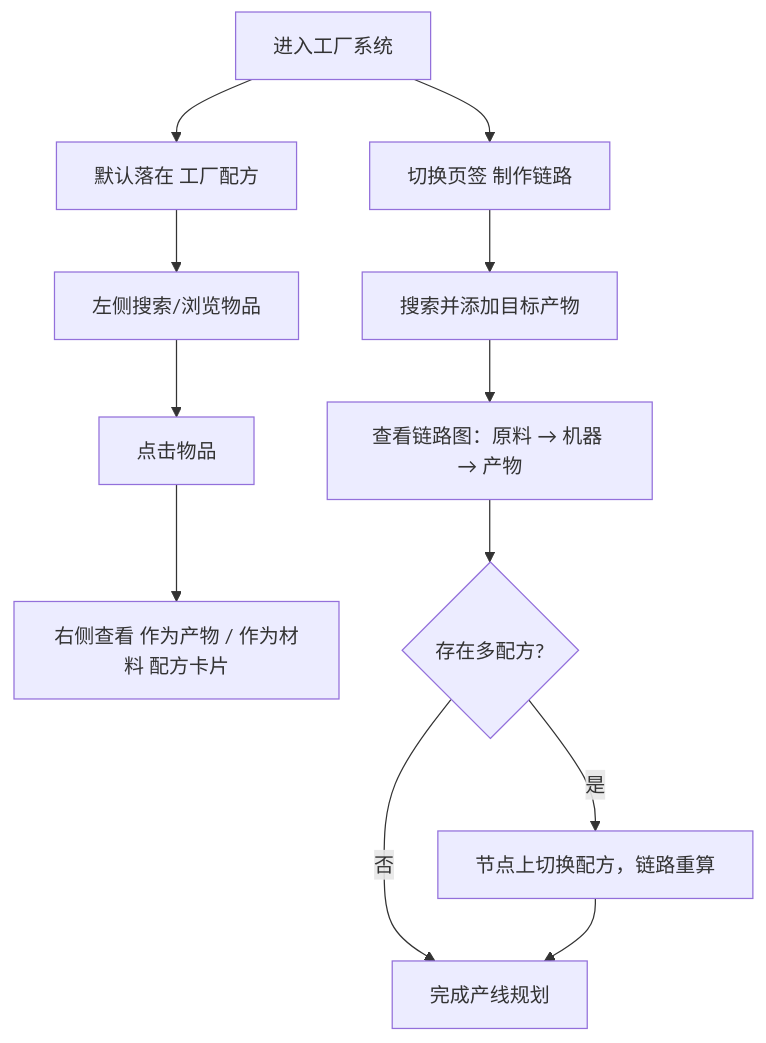
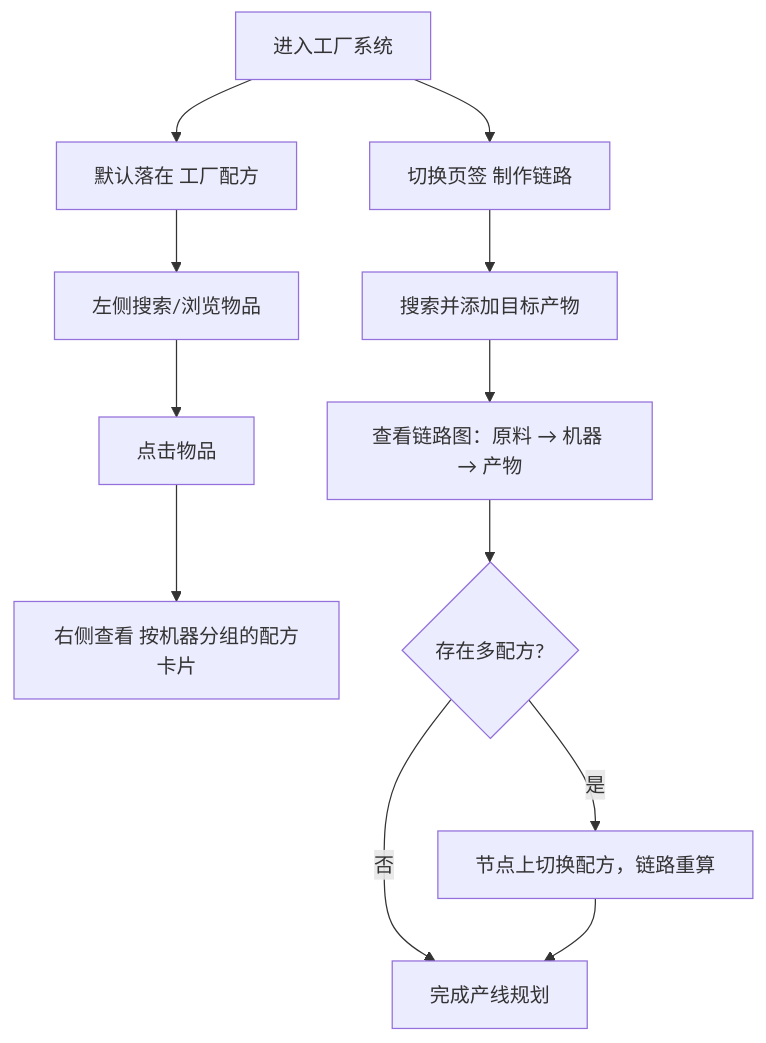
The diagram in docs/product/draft/20260725-factory-system.md (Deliay/hongshan-archives-bureau), drawn with Mermaid before and after one commit. The commit also changed other lines of this file, not shown here.

````diff
--- a/docs/product/draft/20260725-factory-system.md
+++ b/docs/product/draft/20260725-factory-system.md
@@ -118,14 +118,14 @@
 ```mermaid
 flowchart TD
     A[进入工厂系统] --> B[默认落在 工厂配方]
     B --> C[左侧搜索/浏览物品]
     C --> D[点击物品]
-    D --> E[右侧查看 作为产物 / 作为材料 配方卡片]
+    D --> E[右侧查看 按机器分组的配方卡片]
     A --> F[切换页签 制作链路]
     F --> G[搜索并添加目标产物]
     G --> H[查看链路图：原料 → 机器 → 产物]
     H --> I{存在多配方?}
     I -->|是| J[节点上切换配方，链路重算]
     I -->|否| K[完成产线规划]
     J --> K
 ```
````
